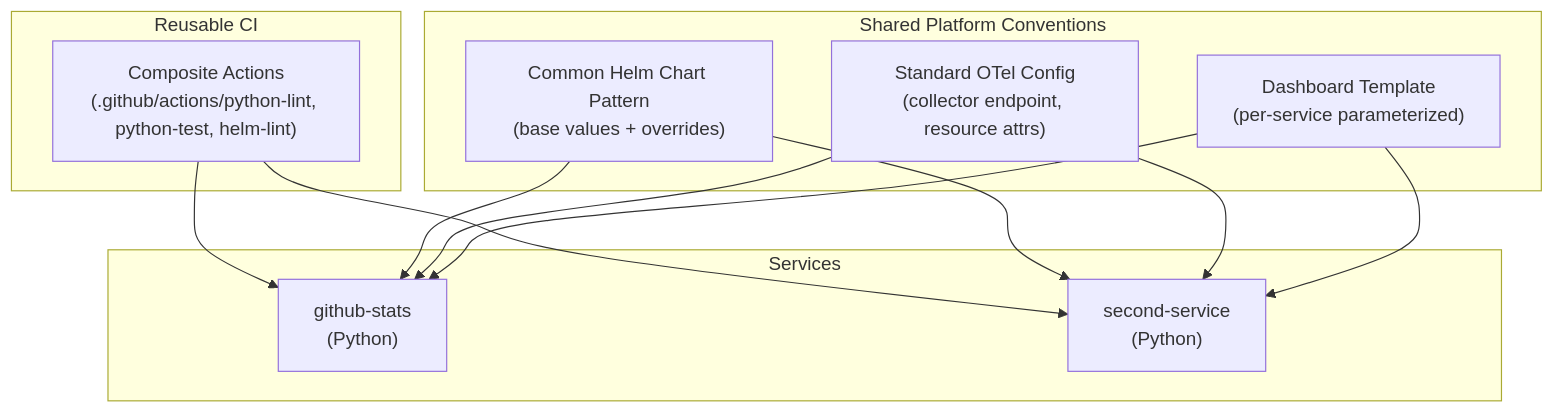
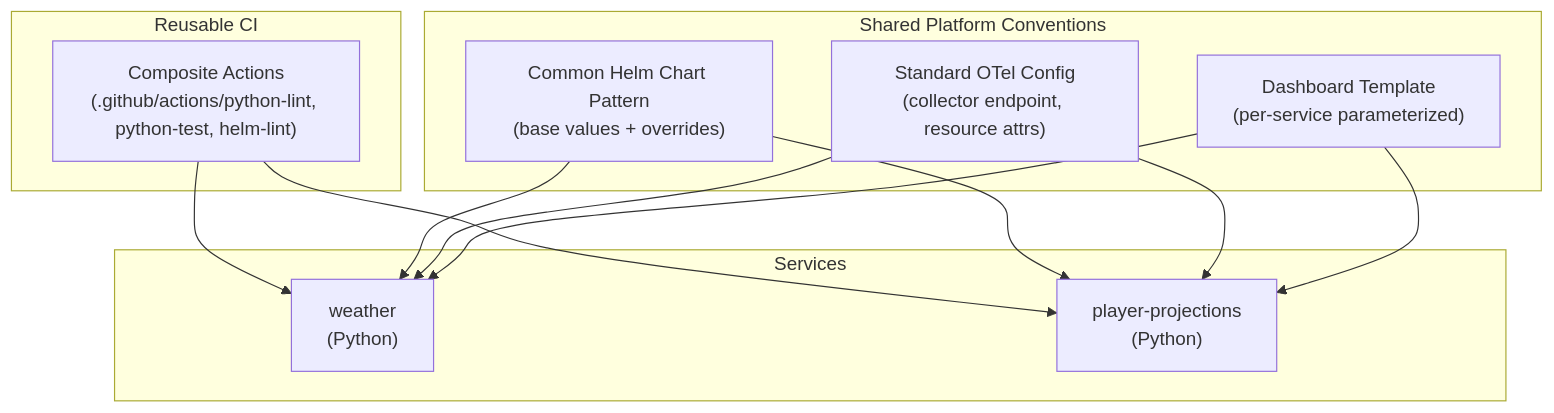
The diagram in docs/architecture/phase-2-golden-path.md (kakhavai/foundry), drawn with Mermaid before and after one commit. The commit also changed other lines of this file and 37 other files, not shown here.

First line of the commit message:
feat: replace github-stats with weather service; reframe Foundry as platform-first

````diff
--- a/docs/architecture/phase-2-golden-path.md
+++ b/docs/architecture/phase-2-golden-path.md
@@ -11,22 +11,22 @@
 ```mermaid
 graph TD
     subgraph "Reusable CI"
         SharedWF["Composite Actions\n(.github/actions/python-lint, python-test, helm-lint)"]
     end
 
     subgraph "Services"
-        SvcA["github-stats\n(Python)"]
-        SvcB["second-service\n(Python)"]
+        SvcA["weather\n(Python)"]
+        SvcB["player-projections\n(Python)"]
     end
 
     subgraph "Shared Platform Conventions"
         HelmLib["Common Helm Chart Pattern\n(base values + overrides)"]
         OTelStd["Standard OTel Config\n(collector endpoint, resource attrs)"]
         DashTpl["Dashboard Template\n(per-service parameterized)"]
     end
 
     SharedWF --> SvcA & SvcB
     HelmLib --> SvcA & SvcB
     OTelStd --> SvcA & SvcB
     DashTpl --> SvcA & SvcB
 ```
````
